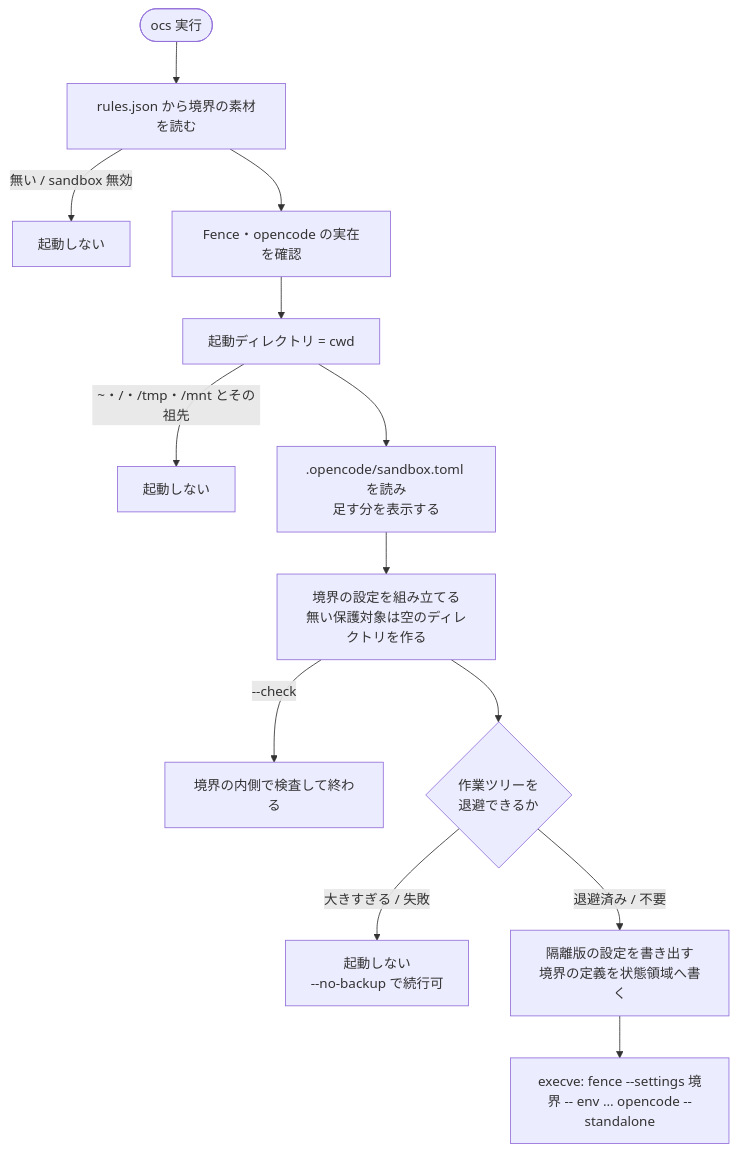
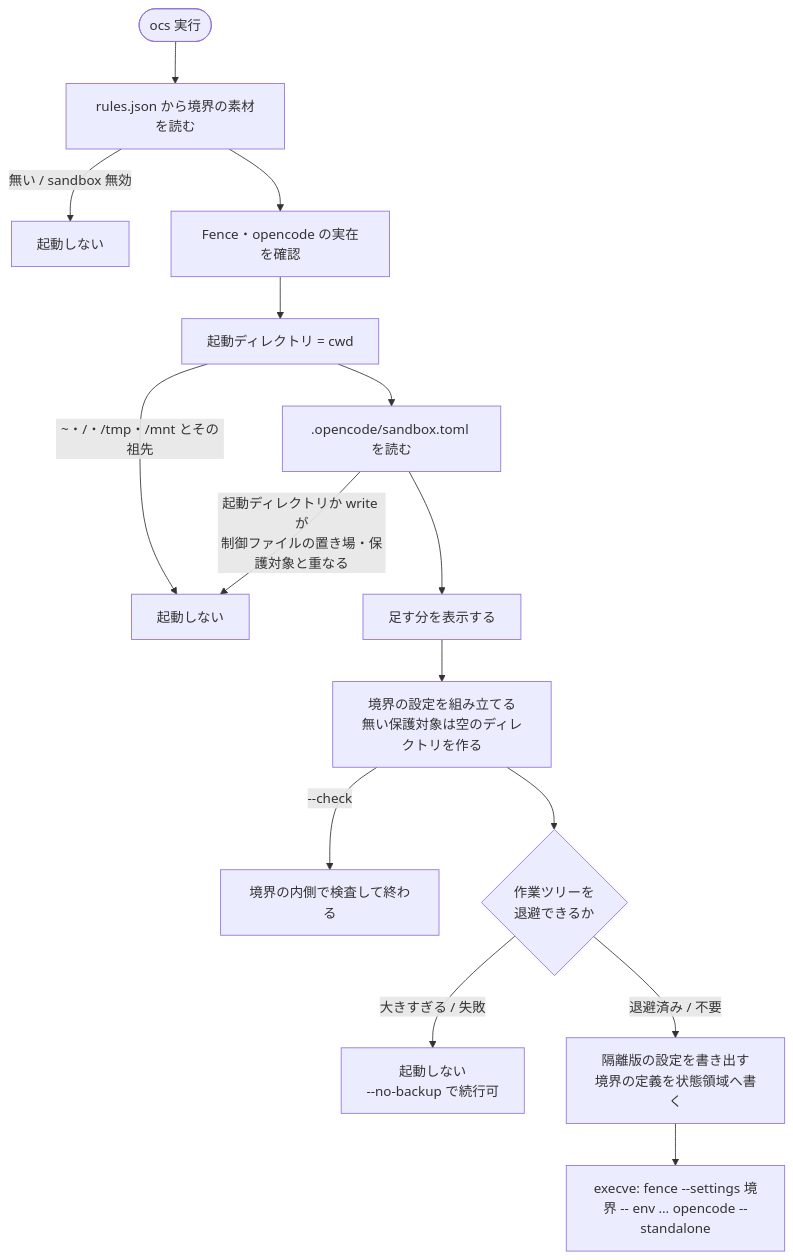
One commit to applejxd/dotfiles changed the second of 4 diagrams in docs/spec/opencode-sandbox.md. Above: the diagram before and after it, drawn with Mermaid. The commit also changed other lines of this file and 10 other files, not shown here.

````diff
--- a/docs/spec/opencode-sandbox.md
+++ b/docs/spec/opencode-sandbox.md
@@ -80,15 +80,17 @@
 ```mermaid
 flowchart TD
     START(["ocs 実行"]) --> LOAD["rules.json から境界の素材を読む"]
     LOAD -->|"無い / sandbox 無効"| STOP1["起動しない"]
     LOAD --> BIN["Fence・opencode の実在を確認"]
     BIN --> WSDIR["起動ディレクトリ = cwd"]
     WSDIR -->|"~・/・/tmp・/mnt とその祖先"| STOP2["起動しない"]
-    WSDIR --> REQ[".opencode/sandbox.toml を読み<br>足す分を表示する"]
-    REQ --> BUILD["境界の設定を組み立てる<br>無い保護対象は空のディレクトリを作る"]
+    WSDIR --> REQ[".opencode/sandbox.toml を読む"]
+    REQ -->|"起動ディレクトリか write が<br>制御ファイルの置き場・保護対象と重なる"| STOP2
+    REQ --> SHOW["足す分を表示する"]
+    SHOW --> BUILD["境界の設定を組み立てる<br>無い保護対象は空のディレクトリを作る"]
     BUILD -->|"--check"| CHECK["境界の内側で検査して終わる"]
     BUILD --> BACKUP{"作業ツリーを<br>退避できるか"}
     BACKUP -->|"大きすぎる / 失敗"| STOP3["起動しない<br>--no-backup で続行可"]
     BACKUP -->|"退避済み / 不要"| WRITE["隔離版の設定を書き出す<br>境界の定義を状態領域へ書く"]
     WRITE --> EXEC["execve: fence --settings 境界 -- env … opencode --standalone"]
 ```
````
